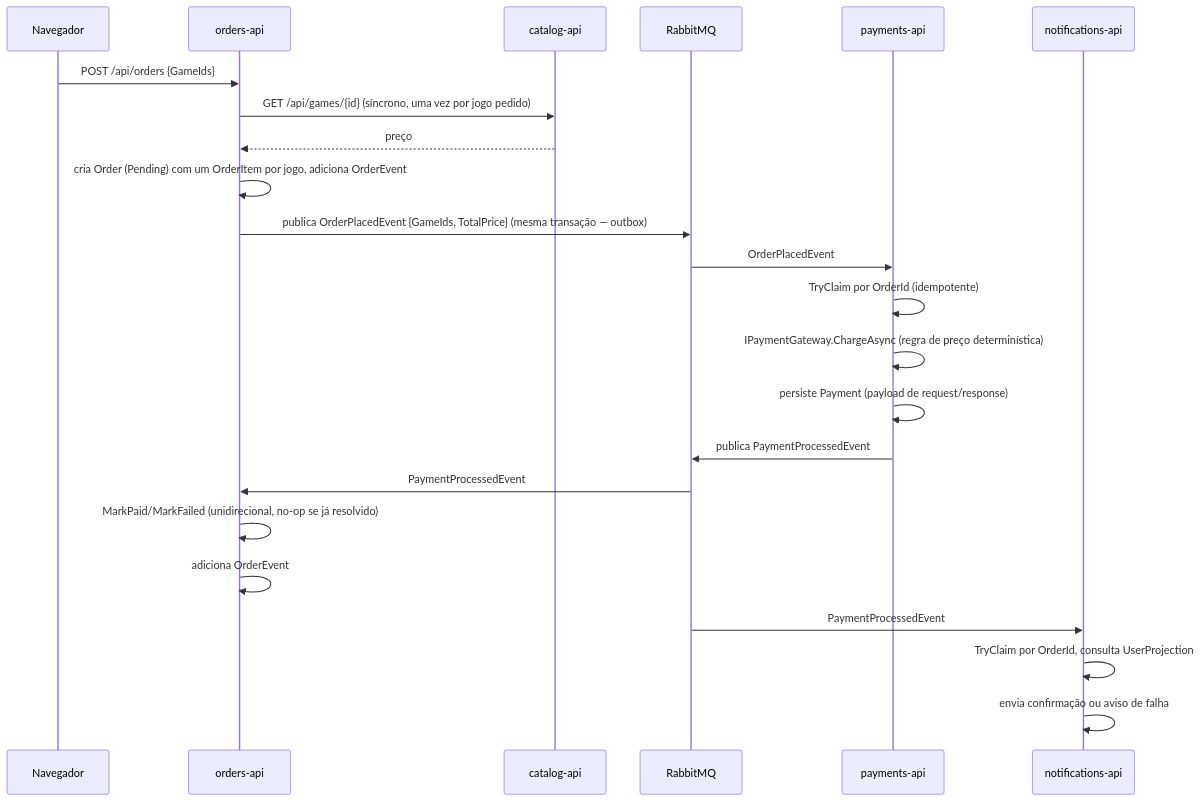
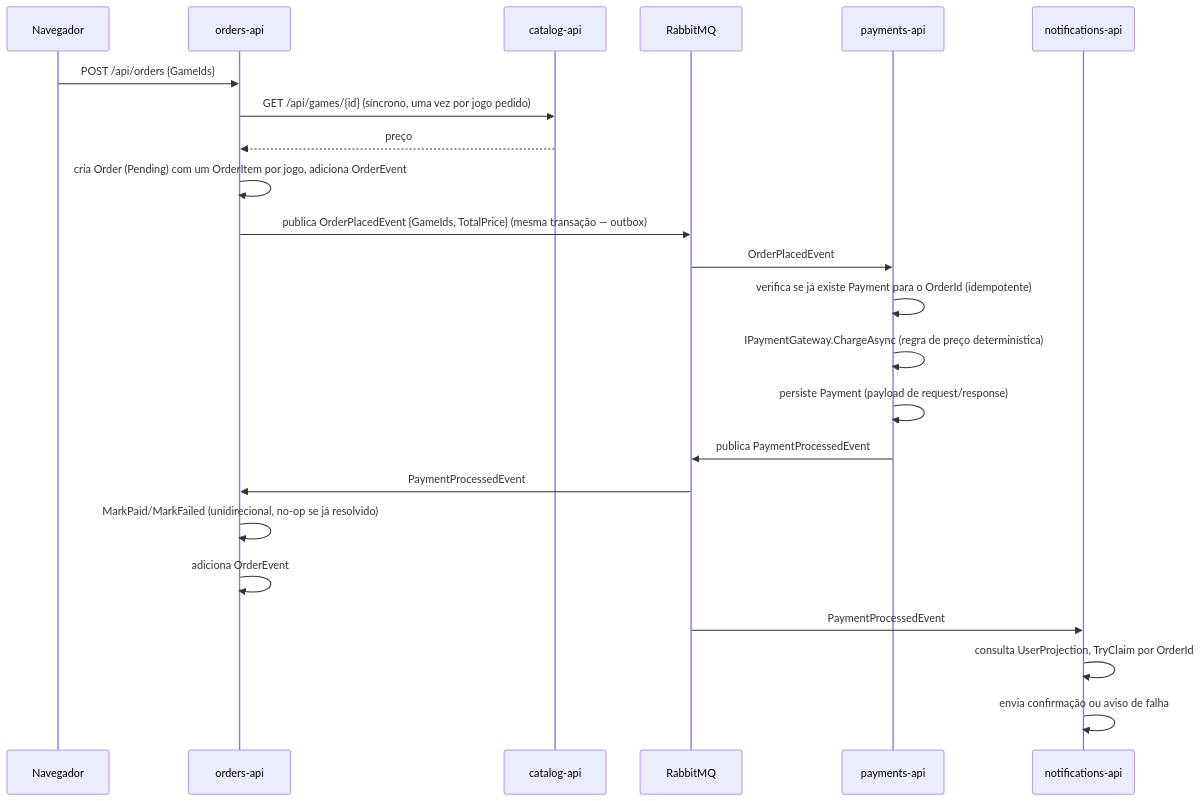
Before and after one commit to tc2-fiap/documentation: the diagram in diagrams/purchase-flow.md, drawn with Mermaid. The commit also changed 2 other files, not shown here.

Commit message:
Fix 3 inaccuracies in service-topology and purchase-flow diagrams
Audited every mermaid diagram against the actual code. The price-lookup
arrow ran Users -> Catalog instead of Orders -> Catalog (users-api has
no catalog-api dependency at all). purchase-flow.md also mislabeled
payments-api's duplicate guard as the same TryClaim pattern
notifications-api uses (it's actually a plain existence check), and had
notifications-api's UserProjection lookup and TryClaim steps reversed.
Logged as notes.md 69.

Claude-Session: https://claude.ai/code/session_01HizeuvFySUeT7GnuPfrwYp

````diff
--- a/diagrams/purchase-flow.md
+++ b/diagrams/purchase-flow.md
@@ -5,26 +5,26 @@
 ```mermaid
 sequenceDiagram
     participant C as Navegador
     participant O as orders-api
     participant Cat as catalog-api
     participant R as RabbitMQ
     participant P as payments-api
     participant N as notifications-api
 
     C->>O: POST /api/orders {GameIds}
     O->>Cat: GET /api/games/{id}  (síncrono, uma vez por jogo pedido)
     Cat-->>O: preço
     O->>O: cria Order (Pending) com um OrderItem por jogo, adiciona OrderEvent
     O->>R: publica OrderPlacedEvent {GameIds, TotalPrice} (mesma transação — outbox)
     R->>P: OrderPlacedEvent
-    P->>P: TryClaim por OrderId (idempotente)
+    P->>P: verifica se já existe Payment para o OrderId (idempotente)
     P->>P: IPaymentGateway.ChargeAsync (regra de preço determinística)
     P->>P: persiste Payment (payload de request/response)
     P->>R: publica PaymentProcessedEvent
     R->>O: PaymentProcessedEvent
     O->>O: MarkPaid/MarkFailed (unidirecional, no-op se já resolvido)
     O->>O: adiciona OrderEvent
     R->>N: PaymentProcessedEvent
-    N->>N: TryClaim por OrderId, consulta UserProjection
+    N->>N: consulta UserProjection, TryClaim por OrderId
     N->>N: envia confirmação ou aviso de falha
 ```
````
